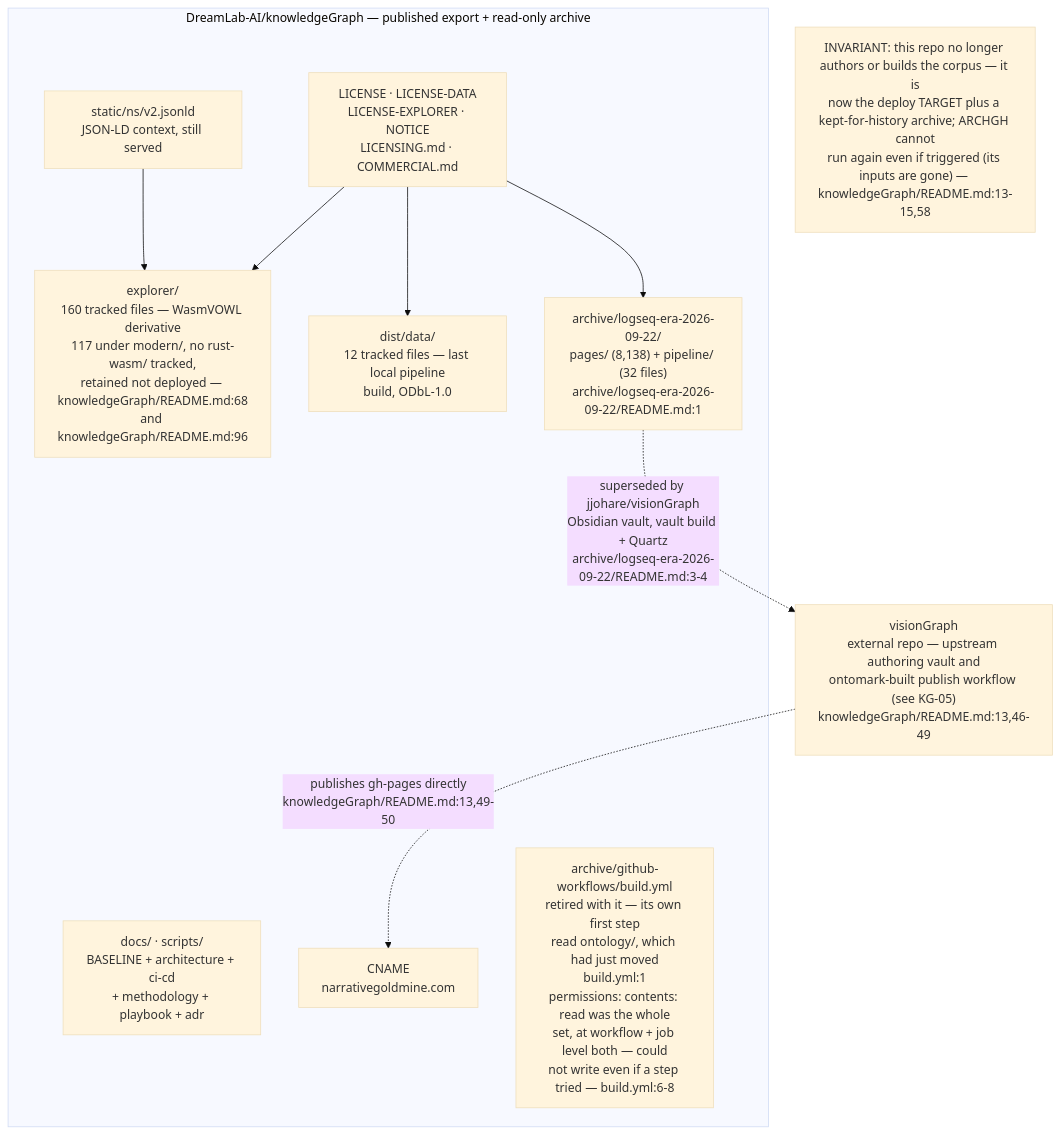
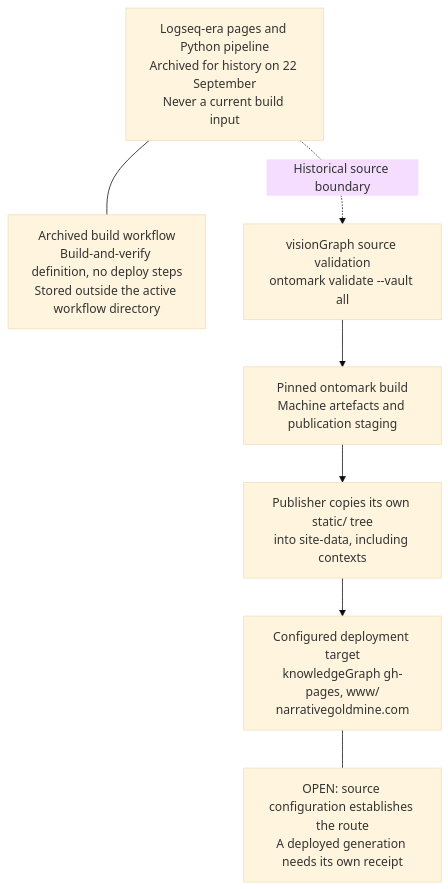
The first of 2 diagrams in docs/diagrams/knowledgegraph/01-repo-composition-and-licensing.md (DreamLab-AI/VisionFlow), drawn with Mermaid (base theme) before and after one commit. The commit also changed other lines of this file and 18 other files, not shown here.

Commit message:
docs: audit corpus consumer routes and archived import boundaries

````diff
--- a/docs/diagrams/knowledgegraph/01-repo-composition-and-licensing.md
+++ b/docs/diagrams/knowledgegraph/01-repo-composition-and-licensing.md
@@ -22,20 +28,20 @@
 ```mermaid
 flowchart TB
-    subgraph REPO["DreamLab-AI/knowledgeGraph — published export + read-only archive"]
-        EXP["explorer/<br/>160 tracked files — WasmVOWL derivative<br/>117 under modern/, no rust-wasm/ tracked,<br/>retained not deployed — knowledgeGraph/README.md:68<br/>and knowledgeGraph/README.md:96"]
-        STATIC["static/ns/v2.jsonld<br/>JSON-LD context, still served"]
-        DIST["dist/data/<br/>12 tracked files — last local pipeline<br/>build, ODbL-1.0"]
-        DOCSN["docs/ · scripts/<br/>BASELINE + architecture + ci-cd<br/>+ methodology + playbook + adr"]
-        LIC["LICENSE · LICENSE-DATA<br/>LICENSE-EXPLORER · NOTICE<br/>LICENSING.md · COMMERCIAL.md"]
-        CNAME["CNAME<br/>narrativegoldmine.com"]
-        ARCHIVE["archive/logseq-era-2026-09-22/<br/>pages/ (8,138) + pipeline/ (32 files)<br/>archive/logseq-era-2026-09-22/README.md:1"]
-        ARCHGH["archive/github-workflows/build.yml<br/>retired with it — its own first step<br/>read ontology/, which had just moved<br/>build.yml:1<br/>permissions: contents: read was the whole<br/>set, at workflow + job level both — could<br/>not write even if a step tried — build.yml:6-8"]
-    end
-    ARCHIVE -.->|"superseded by jjohare/visionGraph<br/>Obsidian vault, vault build + Quartz<br/>archive/logseq-era-2026-09-22/README.md:3-4"| VG["visionGraph<br/>external repo — upstream authoring vault and<br/>ontomark-built publish workflow (see KG-05)<br/>knowledgeGraph/README.md:13,46-49"]
-    VG -.->|"publishes gh-pages directly<br/>knowledgeGraph/README.md:13,49-50"| CNAME
-    STATIC --> EXP
-    LIC --> ARCHIVE
-    LIC --> EXP
-    LIC --> DIST
-    note1["INVARIANT: this repo no longer authors or builds the corpus — it is<br/>now the deploy TARGET plus a kept-for-history archive; ARCHGH cannot<br/>run again even if triggered (its inputs are gone) — knowledgeGraph/README.md:13-15,58"]
+    %% knowledgeGraph/archive/logseq-era-2026-09-22/README.md:1
+    ARC["Logseq-era pages and Python pipeline<br/>Archived for history on 22 September<br/>Never a current build input"]
+    %% knowledgeGraph/archive/github-workflows/build.yml:1
+    OLD["Archived build workflow<br/>Build-and-verify definition, no deploy steps<br/>Stored outside the active workflow directory"]
+    %% visionGraph/.github/workflows/publish.yml:127
+    VALID["visionGraph source validation<br/>ontomark validate --vault all"]
+    %% visionGraph/.github/workflows/publish.yml:175
+    BUILD["Pinned ontomark build<br/>Machine artefacts and publication staging"]
+    %% visionGraph/.github/workflows/publish.yml:262
+    STATIC["Publisher copies its own static/ tree<br/>into site-data, including contexts"]
+    %% visionGraph/.github/workflows/publish.yml:526
+    DEST["Configured deployment target<br/>knowledgeGraph gh-pages, www/<br/>narrativegoldmine.com"]
+    ARC --- OLD
+    VALID --> BUILD --> STATIC --> DEST
+    ARC -.->|"Historical source boundary"| VALID
+    NOTE["OPEN: source configuration establishes the route<br/>A deployed generation needs its own receipt"]
+    DEST --- NOTE
 ```
````
